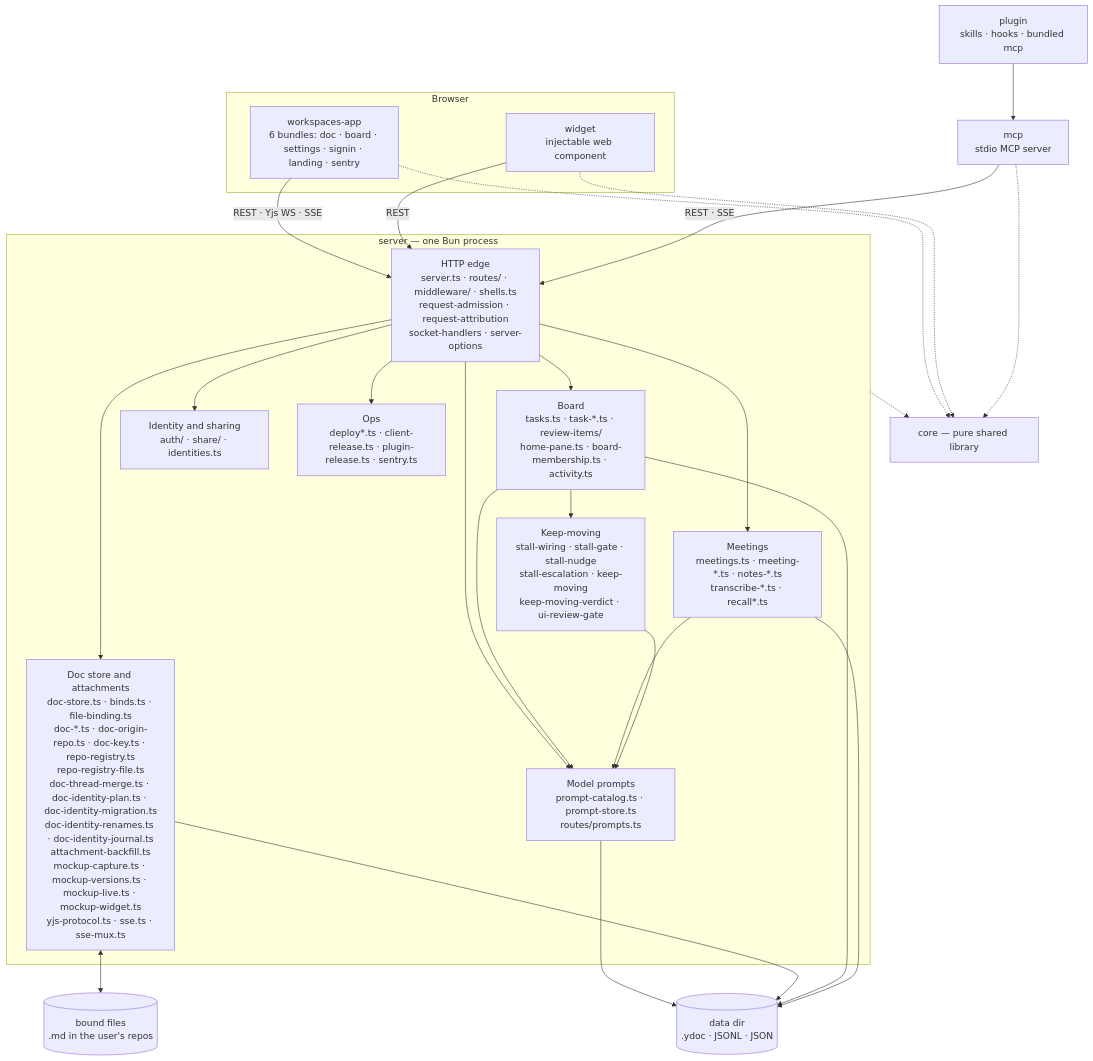
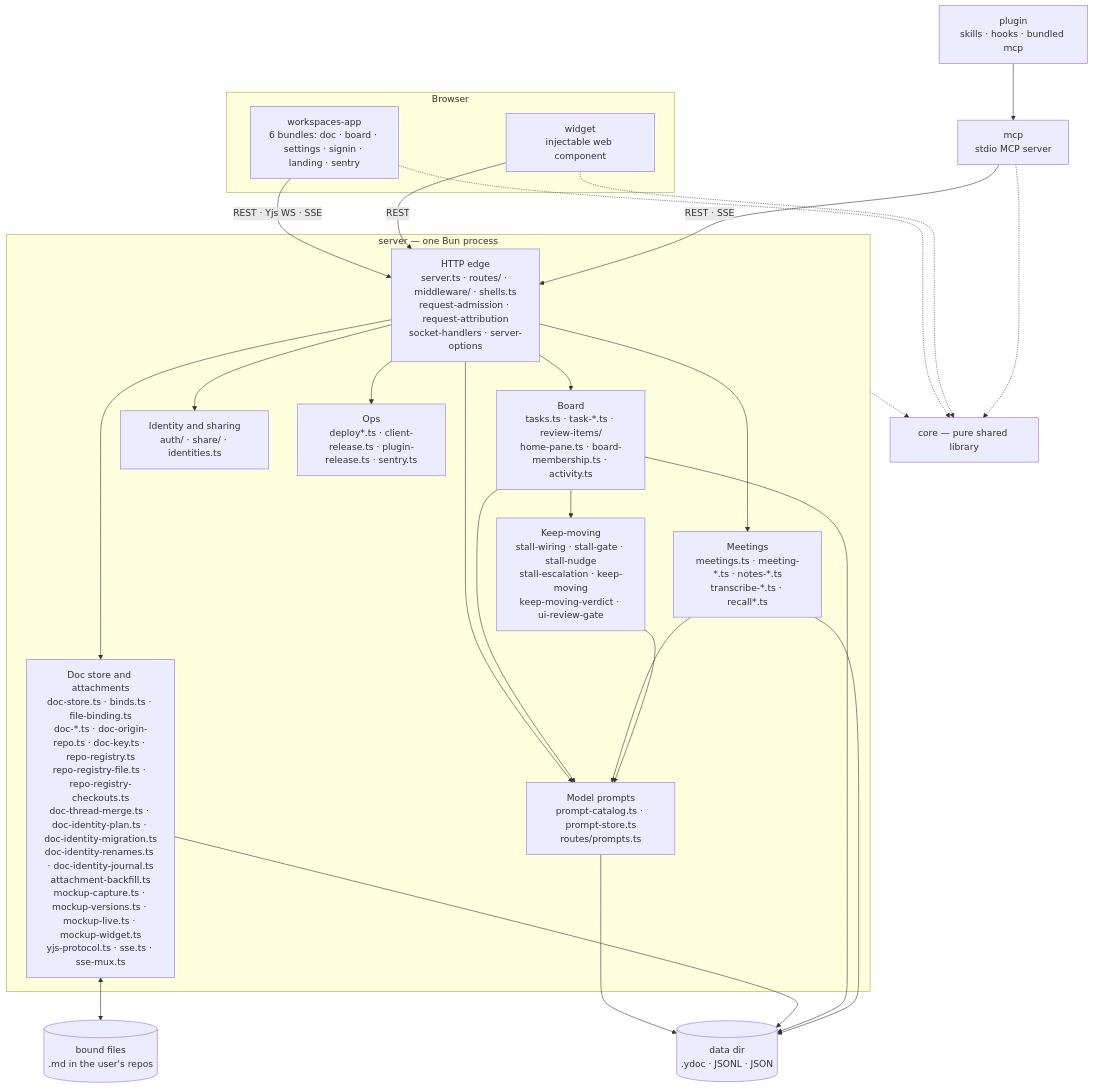
Before and after one commit to fryanpan/claude-workspaces-plugin: the first of 2 diagrams in docs/architecture/overview.md, drawn with Mermaid. The commit also changed other lines of this file and 8 other files, not shown here.

````diff
--- a/docs/architecture/overview.md
+++ b/docs/architecture/overview.md
@@ -45,35 +45,35 @@
 ```mermaid
 flowchart TB
   subgraph browser[Browser]
     app["workspaces-app<br/>6 bundles: doc · board · settings · signin · landing · sentry"]
     wid["widget<br/>injectable web component"]
   end
   plug["plugin<br/>skills · hooks · bundled mcp"]
   mcp["mcp<br/>stdio MCP server"]
   subgraph srv["server — one Bun process"]
     edge["HTTP edge<br/>server.ts · routes/ · middleware/ · shells.ts<br/>request-admission · request-attribution<br/>socket-handlers · server-options"]
-    docs["Doc store and attachments<br/>doc-store.ts · binds.ts · file-binding.ts<br/>doc-*.ts · doc-origin-repo.ts · doc-key.ts · repo-registry.ts<br/>repo-registry-file.ts<br/>doc-thread-merge.ts · doc-identity-plan.ts · doc-identity-migration.ts<br/>doc-identity-renames.ts · doc-identity-journal.ts<br/>attachment-backfill.ts<br/>mockup-capture.ts · mockup-versions.ts · mockup-live.ts · mockup-widget.ts<br/>yjs-protocol.ts · sse.ts · sse-mux.ts"]
+    docs["Doc store and attachments<br/>doc-store.ts · binds.ts · file-binding.ts<br/>doc-*.ts · doc-origin-repo.ts · doc-key.ts · repo-registry.ts<br/>repo-registry-file.ts · repo-registry-checkouts.ts<br/>doc-thread-merge.ts · doc-identity-plan.ts · doc-identity-migration.ts<br/>doc-identity-renames.ts · doc-identity-journal.ts<br/>attachment-backfill.ts<br/>mockup-capture.ts · mockup-versions.ts · mockup-live.ts · mockup-widget.ts<br/>yjs-protocol.ts · sse.ts · sse-mux.ts"]
     board["Board<br/>tasks.ts · task-*.ts · review-items/<br/>home-pane.ts · board-membership.ts · activity.ts"]
     meet["Meetings<br/>meetings.ts · meeting-*.ts · notes-*.ts<br/>transcribe-*.ts · recall*.ts"]
     keep["Keep-moving<br/>stall-wiring · stall-gate · stall-nudge<br/>stall-escalation · keep-moving<br/>keep-moving-verdict · ui-review-gate"]
     ident["Identity and sharing<br/>auth/ · share/ · identities.ts"]
     prompts["Model prompts<br/>prompt-catalog.ts · prompt-store.ts<br/>routes/prompts.ts"]
     ops["Ops<br/>deploy*.ts · client-release.ts · plugin-release.ts · sentry.ts"]
   end
   core["core — pure shared library"]
   disk[("data dir<br/>.ydoc · JSONL · JSON")]
   files[("bound files<br/>.md in the user's repos")]
 
   app -->|"REST · Yjs WS · SSE"| edge
   wid -->|REST| edge
   plug --> mcp
   mcp -->|"REST · SSE"| edge
   edge --> docs & board & meet & ident & ops & prompts
   board & meet & keep --> prompts
   prompts --> disk
   board --> keep
   docs <--> files
   docs & board & meet --> disk
   app & wid & mcp -.-> core
   srv -.-> core
 ```
````
